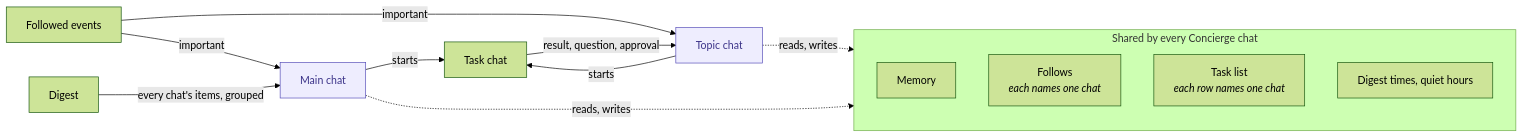
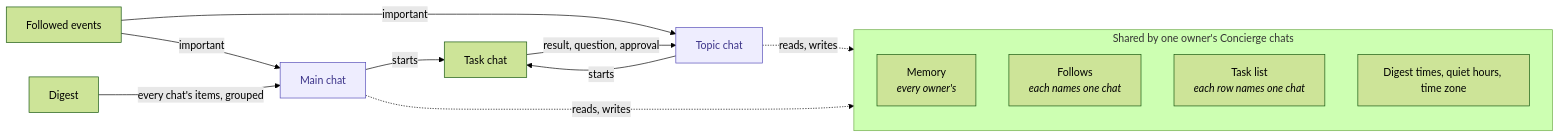
One commit to rome-os/rome changed the diagram in docs/architecture/concierge.md. Above: the diagram before and after it, drawn with Mermaid (forest theme). The commit also changed other lines of this file and 35 other files, not shown here.

````diff
--- a/docs/architecture/concierge.md
+++ b/docs/architecture/concierge.md
@@ -7,26 +7,26 @@
 ```mermaid
 flowchart LR
-    subgraph Shared["Shared by every Concierge chat"]
-        Memory["Memory"]
+    subgraph Shared["Shared by one owner's Concierge chats"]
+        Memory["Memory<br/><i>every owner's</i>"]
         Follows["Follows<br/><i>each names one chat</i>"]
         Tasks["Task list<br/><i>each row names one chat</i>"]
-        Rules["Digest times, quiet hours"]
+        Rules["Digest times, quiet hours, time zone"]
     end
     Main["Main chat"]
     Topic["Topic chat"]
     TaskChat["Task chat"]
     Events["Followed events"]
     Digest["Digest"]
 
     Main -- starts --> TaskChat
     Topic -- starts --> TaskChat
     TaskChat -- result, question, approval --> Topic
     Events -- important --> Topic
     Events -- important --> Main
     Digest -- every chat's items, grouped --> Main
     Main -. reads, writes .-> Shared
     Topic -. reads, writes .-> Shared
 
     classDef chat fill:#EEEDFE,stroke:#534AB7,color:#3C3489
     class Main,Topic chat
 ```
````
